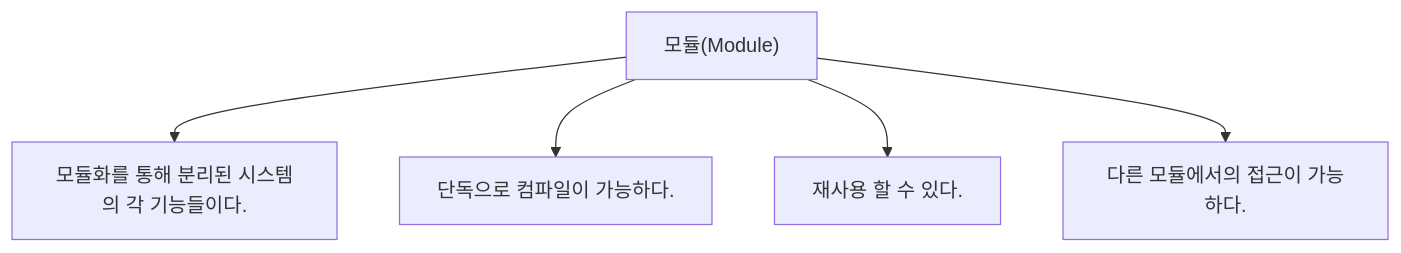
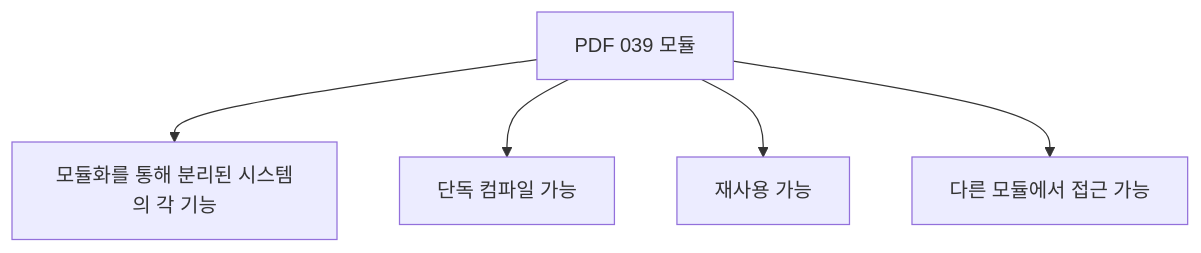
Before and after one commit to nes0903/study: the third of 7 diagrams in 정보처리기사/1과목 소프트웨어 설계/039 모듈(Module)/039 모듈(Module).md, drawn with Mermaid. The commit also changed other lines of this file and 318 other files, not shown here.

````diff
--- a/정보처리기사/1과목 소프트웨어 설계/039 모듈(Module)/039 모듈(Module).md
+++ b/정보처리기사/1과목 소프트웨어 설계/039 모듈(Module)/039 모듈(Module).md
@@ -13,8 +57,8 @@
 ```mermaid
 flowchart TD
-    A["모듈(Module)"]
-    A --> N1["모듈화를 통해 분리된 시스템의 각 기능들이다."]
-    A --> N2["단독으로 컴파일이 가능하다."]
-    A --> N3["재사용 할 수 있다."]
-    A --> N4["다른 모듈에서의 접근이 가능하다."]
+    A["PDF 039 모듈"]
+    A --> B["모듈화를 통해 분리된 시스템의 각 기능"]
+    A --> C["단독 컴파일 가능"]
+    A --> D["재사용 가능"]
+    A --> E["다른 모듈에서 접근 가능"]
 ```
````
